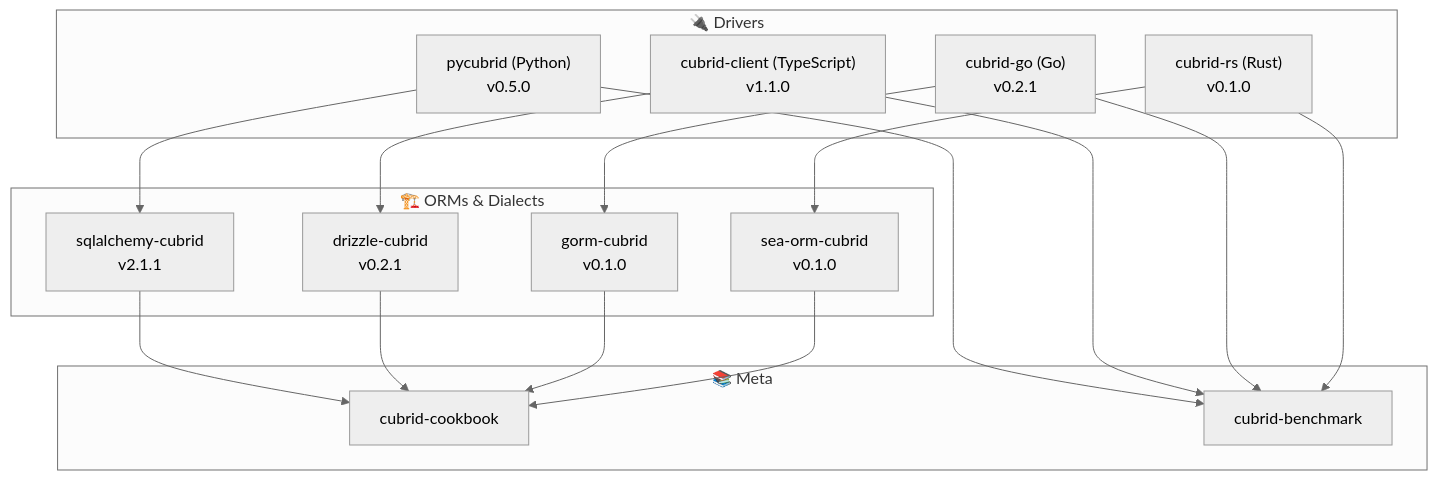
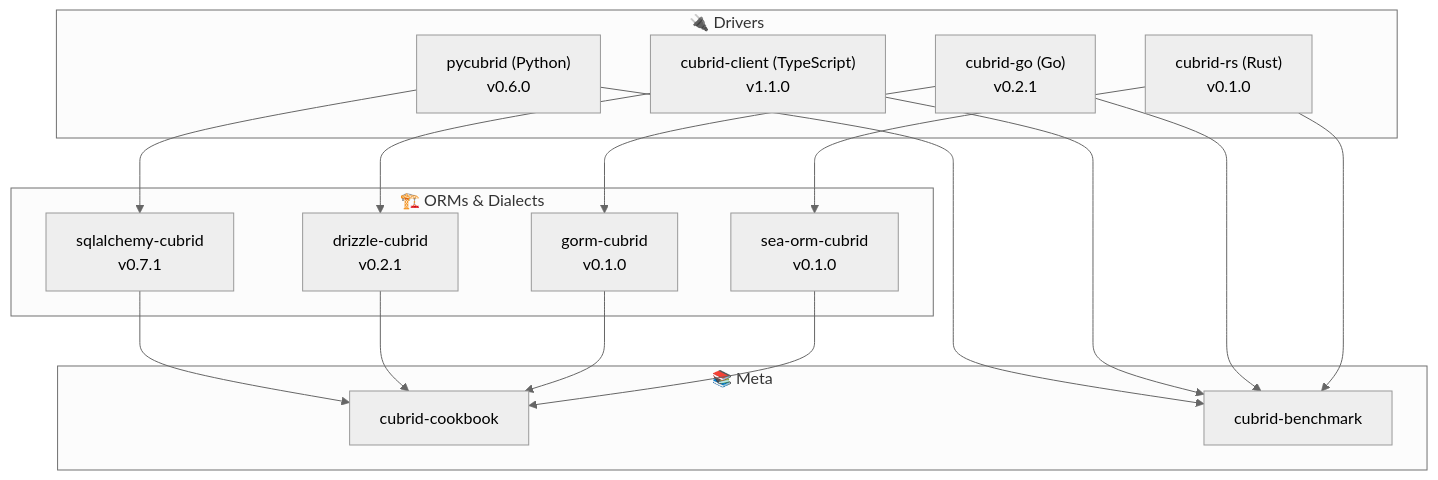
The first of 2 diagrams in ROADMAP.md (cubrid-labs/.github), drawn with Mermaid (neutral theme) before and after one commit. The commit also changed other lines of this file and 2 other files, not shown here.

````diff
--- a/ROADMAP.md
+++ b/ROADMAP.md
@@ -15,36 +15,36 @@
 ```mermaid
 graph TD
     subgraph Drivers["🔌 Drivers"]
-        pycubrid["pycubrid (Python)\nv0.5.0"]
+        pycubrid["pycubrid (Python)\nv0.6.0"]
         cubrid_client["cubrid-client (TypeScript)\nv1.1.0"]
         cubrid_go["cubrid-go (Go)\nv0.2.1"]
         cubrid_rs["cubrid-rs (Rust)\nv0.1.0"]
     end
 
     subgraph ORMs["🏗️ ORMs & Dialects"]
-        sqlalchemy["sqlalchemy-cubrid\nv2.1.1"]
+        sqlalchemy["sqlalchemy-cubrid\nv0.7.1"]
         drizzle["drizzle-cubrid\nv0.2.1"]
         gorm["gorm-cubrid\nv0.1.0"]
         sea_orm["sea-orm-cubrid\nv0.1.0"]
     end
 
     subgraph Meta["📚 Meta"]
         cookbook["cubrid-cookbook"]
         benchmark["cubrid-benchmark"]
     end
 
     pycubrid --> sqlalchemy
     cubrid_client --> drizzle
     cubrid_go --> gorm
     cubrid_rs --> sea_orm
 
     sqlalchemy --> cookbook
     drizzle --> cookbook
     gorm --> cookbook
     sea_orm --> cookbook
 
     pycubrid --> benchmark
     cubrid_client --> benchmark
     cubrid_go --> benchmark
     cubrid_rs --> benchmark
 ```
````
